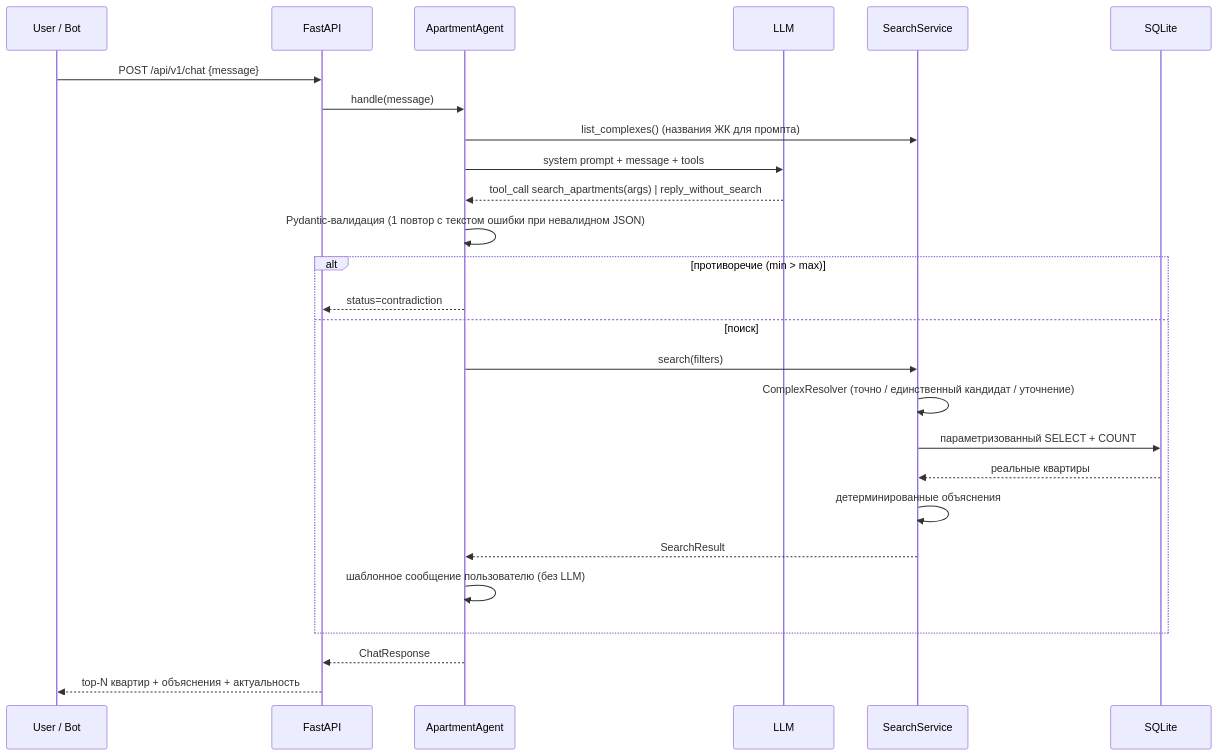
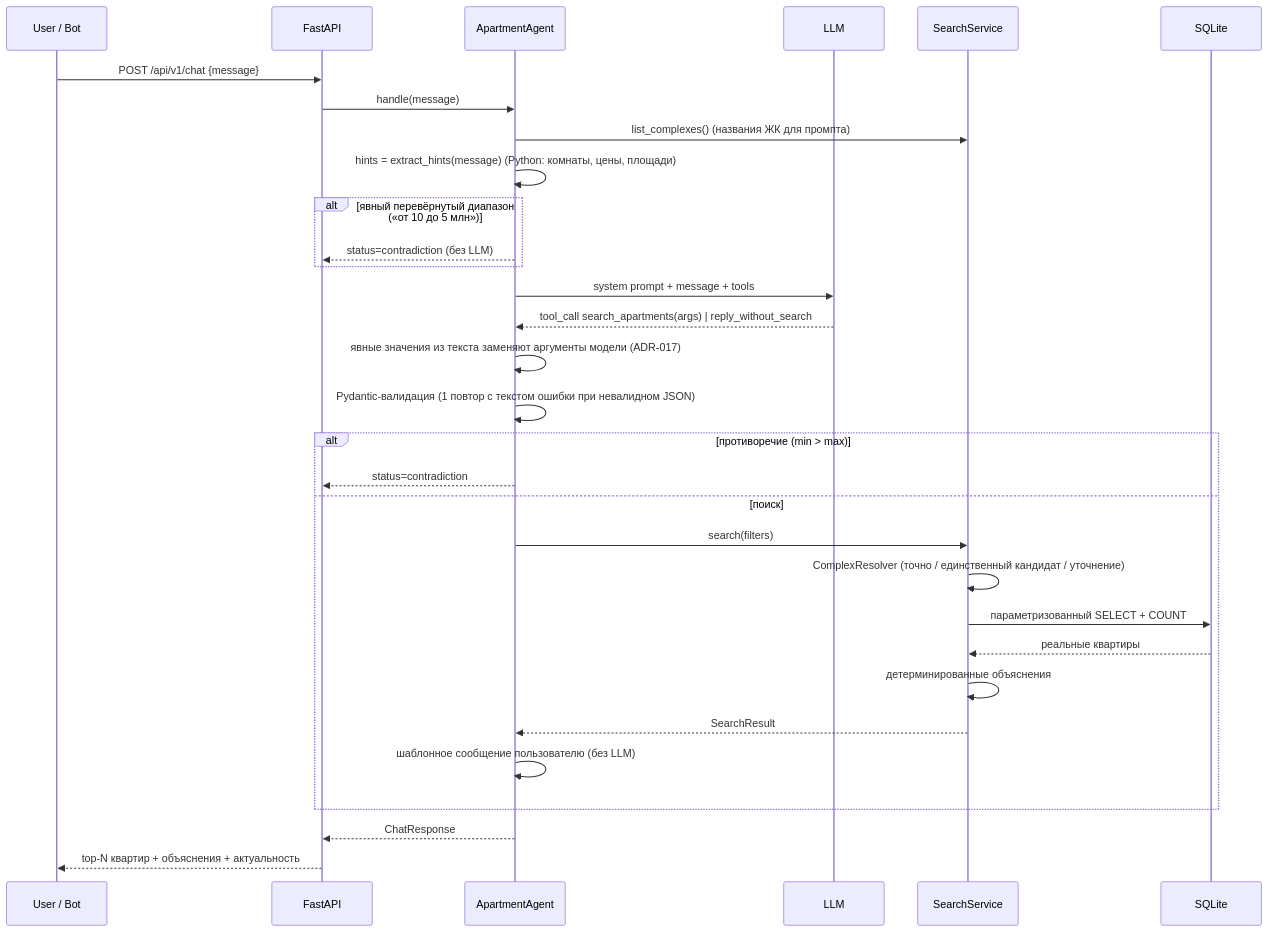
Before and after one commit to Danila393/Dogma_Chatbot: the fourth of 4 diagrams in docs/ARCHITECTURE.md, drawn with Mermaid. The commit also changed other lines of this file and 13 other files, not shown here.

````diff
--- a/docs/ARCHITECTURE.md
+++ b/docs/ARCHITECTURE.md
@@ -191,29 +191,34 @@
 ```mermaid
 sequenceDiagram
     participant U as User / Bot
     participant API as FastAPI
     participant A as ApartmentAgent
     participant L as LLM
     participant S as SearchService
     participant DB as SQLite
 
     U->>API: POST /api/v1/chat {message}
     API->>A: handle(message)
     A->>S: list_complexes() (названия ЖК для промпта)
+    A->>A: hints = extract_hints(message) (Python: комнаты, цены, площади)
+    alt явный перевёрнутый диапазон («от 10 до 5 млн»)
+        A-->>API: status=contradiction (без LLM)
+    end
     A->>L: system prompt + message + tools
     L-->>A: tool_call search_apartments(args) | reply_without_search
+    A->>A: явные значения из текста заменяют аргументы модели (ADR-017)
     A->>A: Pydantic-валидация (1 повтор с текстом ошибки при невалидном JSON)
     alt противоречие (min > max)
         A-->>API: status=contradiction
     else поиск
         A->>S: search(filters)
         S->>S: ComplexResolver (точно / единственный кандидат / уточнение)
         S->>DB: параметризованный SELECT + COUNT
         DB-->>S: реальные квартиры
         S->>S: детерминированные объяснения
         S-->>A: SearchResult
         A->>A: шаблонное сообщение пользователю (без LLM)
     end
     A-->>API: ChatResponse
     API-->>U: top-N квартир + объяснения + актуальность
 ```
````
